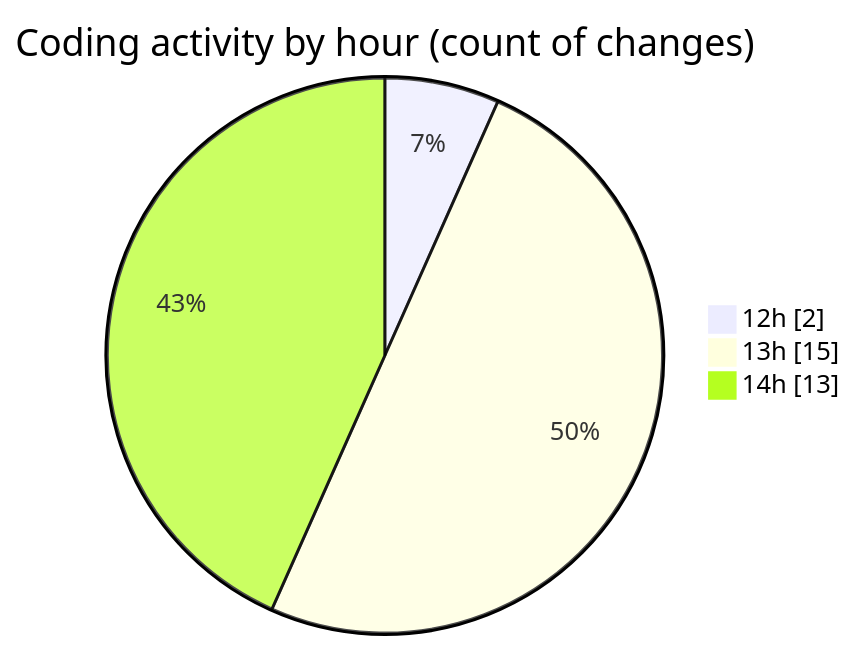
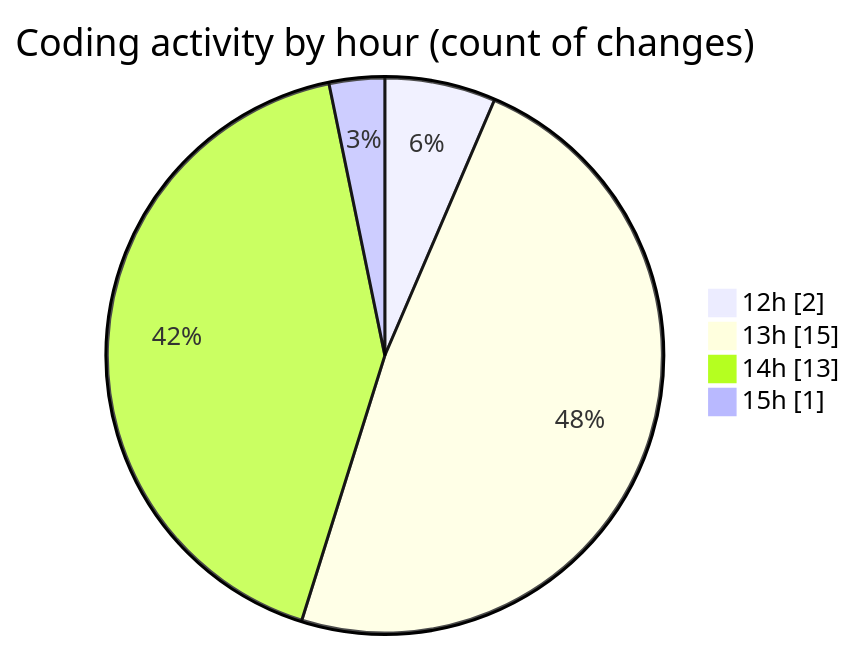
One commit to idhammustaqopulfikri/code-tracking changed the second of 2 diagrams in 2025-11-13/futsal-recommender/README.md. Above: the diagram before and after it, drawn with Mermaid. The commit also changed other lines of this file and 1 other file, not shown here.

````diff
--- a/2025-11-13/futsal-recommender/README.md
+++ b/2025-11-13/futsal-recommender/README.md
@@ -38,7 +38,8 @@
 ```mermaid
 pie showData
 title Coding activity by hour (count of changes)
 "12h" : 2
 "13h" : 15
 "14h" : 13
+"15h" : 1
 ```
````
